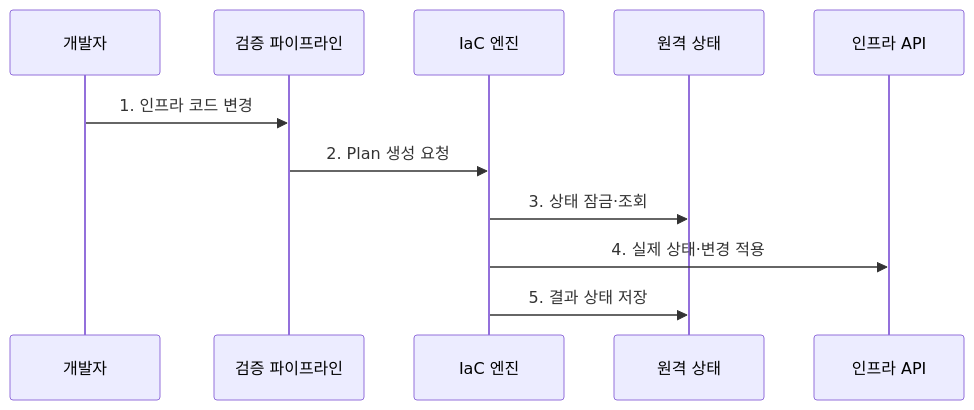
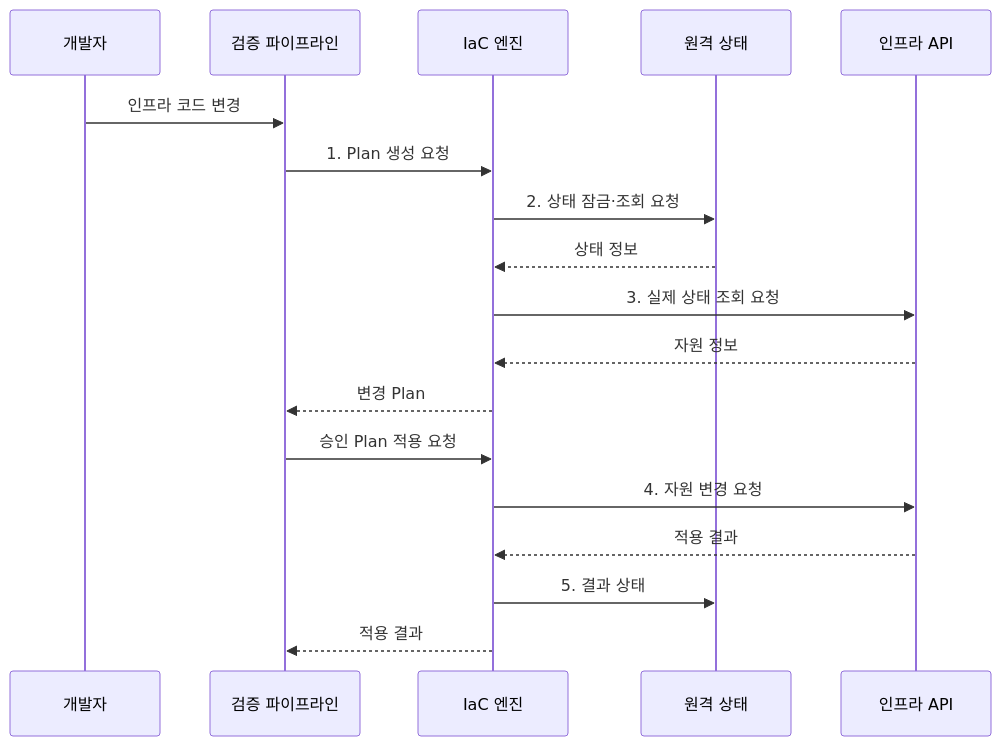
One commit to agnusdei1207/knowledge-base changed the second of 2 diagrams in src/content/docs/notes/03-software/182_infrastructure_as_code.md. Above: the diagram before and after it, drawn with Mermaid. The commit also changed other lines of this file and 20 other files, not shown here.

````diff
--- a/src/content/docs/notes/03-software/182_infrastructure_as_code.md
+++ b/src/content/docs/notes/03-software/182_infrastructure_as_code.md
@@ -83,13 +83,20 @@
 ```mermaid
 sequenceDiagram
     participant D as 개발자
     participant P as 검증 파이프라인
     participant E as IaC 엔진
     participant S as 원격 상태
     participant I as 인프라 API
-    D->>P: 1. 인프라 코드 변경
-    P->>E: 2. Plan 생성 요청
-    E->>S: 3. 상태 잠금·조회
-    E->>I: 4. 실제 상태·변경 적용
-    E->>S: 5. 결과 상태 저장
+    D->>P: 인프라 코드 변경
+    P->>E: 1. Plan 생성 요청
+    E->>S: 2. 상태 잠금·조회 요청
+    S-->>E: 상태 정보
+    E->>I: 3. 실제 상태 조회 요청
+    I-->>E: 자원 정보
+    E-->>P: 변경 Plan
+    P->>E: 승인 Plan 적용 요청
+    E->>I: 4. 자원 변경 요청
+    I-->>E: 적용 결과
+    E->>S: 5. 결과 상태
+    E-->>P: 적용 결과
 ```
````
